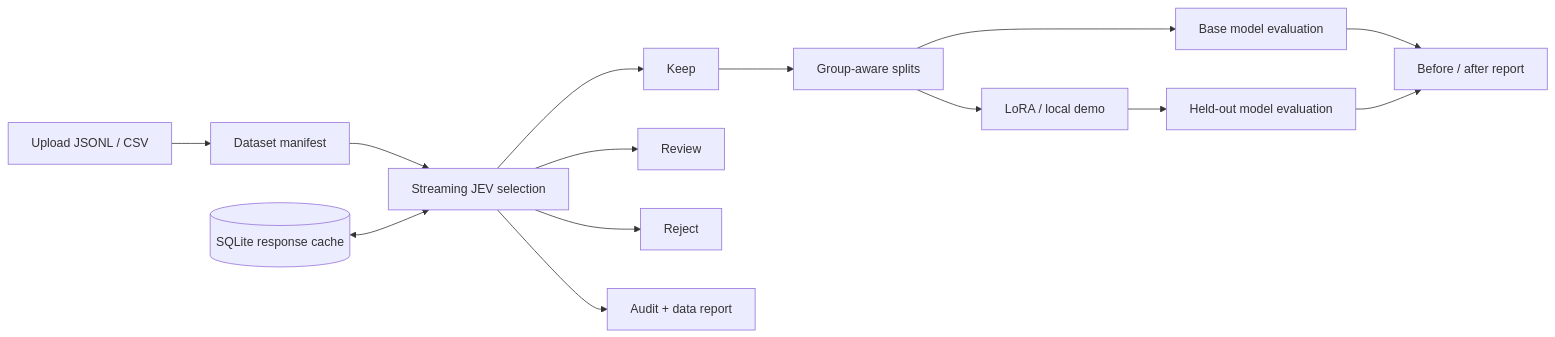
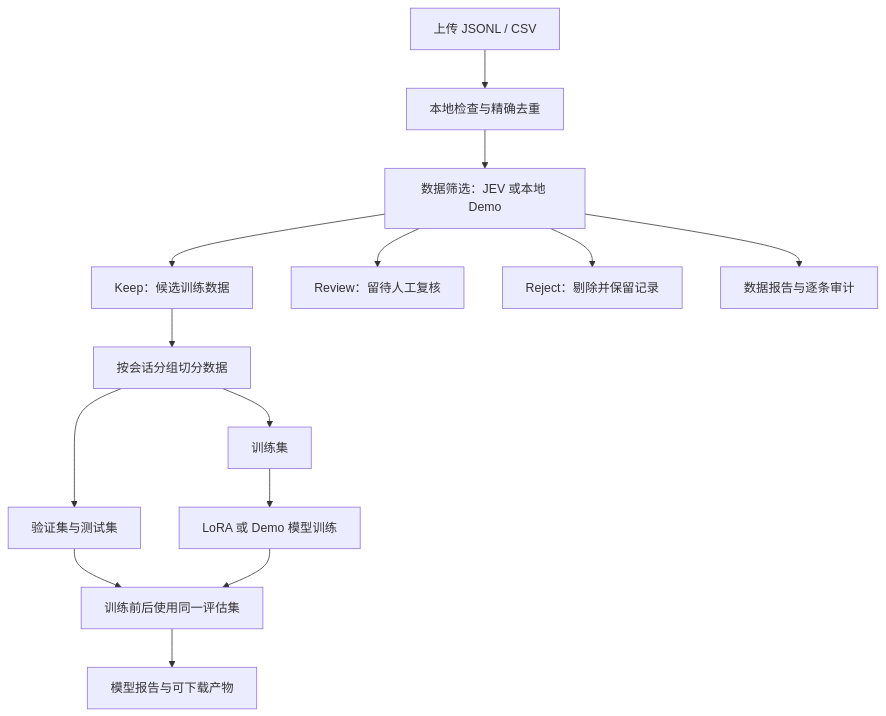
The diagram in README.md (Jiadalee/jev-dataops), drawn with Mermaid before and after one commit. The commit also changed other lines of this file, not shown here.

Commit message:
docs: explain the complete data-to-model workflow with practical onboarding

````diff
--- a/README.md
+++ b/README.md
@@ -94,16 +25,16 @@
 ```mermaid
-flowchart LR
-    U[Upload JSONL / CSV] --> D[Dataset manifest]
-    D --> S[Streaming JEV selection]
-    C[(SQLite response cache)] <--> S
-    S --> K[Keep]
-    S --> R[Review]
-    S --> X[Reject]
-    S --> A[Audit + data report]
-    K --> G[Group-aware splits]
-    G --> T[LoRA / local demo]
-    G --> B[Base model evaluation]
-    T --> E[Held-out model evaluation]
-    B --> M[Before / after report]
-    E --> M
+flowchart TD
+    A[上传 JSONL / CSV] --> B[本地检查与精确去重]
+    B --> C[数据筛选：JEV 或本地 Demo]
+    C --> D[Keep：候选训练数据]
+    C --> E[Review：留待人工复核]
+    C --> F[Reject：剔除并保留记录]
+    C --> G[数据报告与逐条审计]
+    D --> H[按会话分组切分数据]
+    H --> I[训练集]
+    H --> J[验证集与测试集]
+    I --> K[LoRA 或 Demo 模型训练]
+    J --> L[训练前后使用同一评估集]
+    K --> L
+    L --> M[模型报告与可下载产物]
 ```
````
